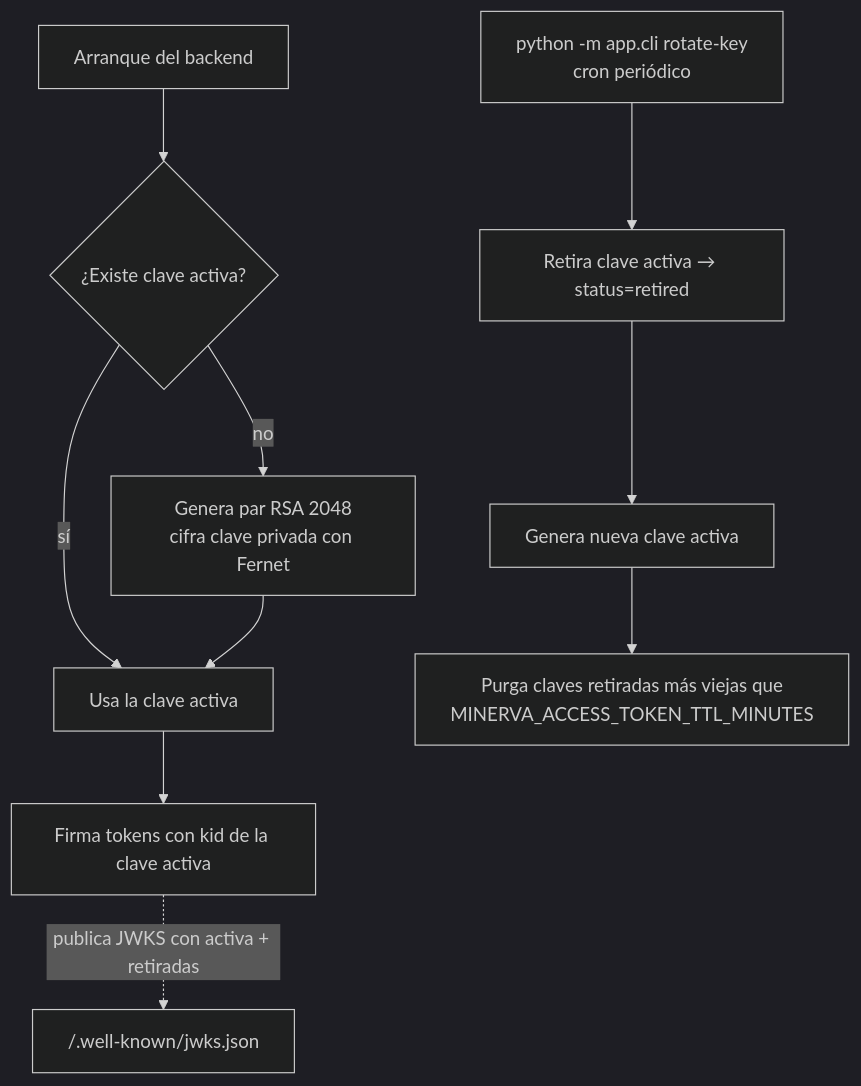
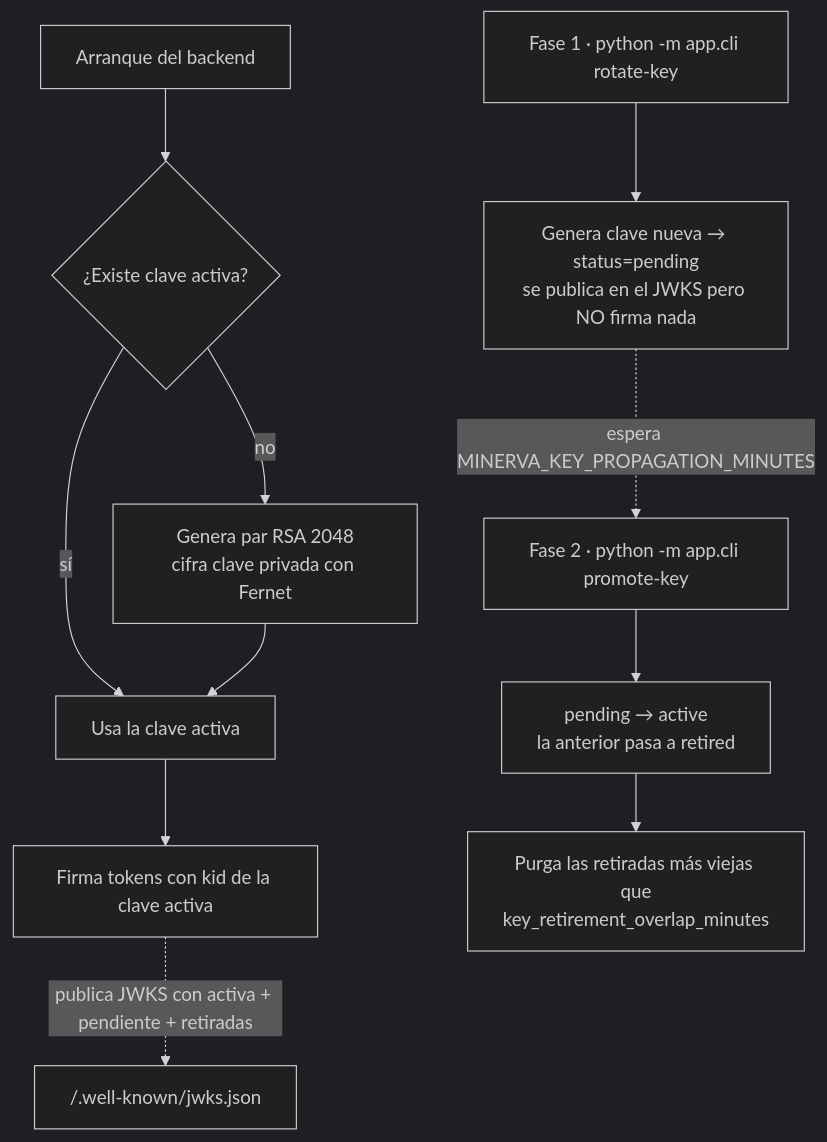
The third of 3 diagrams in docs/arquitectura.md (iieg-oficial/minerva), drawn with Mermaid (dark theme) before and after one commit. The commit also changed other lines of this file and 2 other files, not shown here.

Commit message:
docs: alinea logout, revocacion y URLs del SDK con el runtime, y corrige dependencias de auth, rotacion en dos fases y contrato aditivo de manifiestos

````diff
--- a/docs/arquitectura.md
+++ b/docs/arquitectura.md
@@ -160,12 +181,15 @@
 ```mermaid
 flowchart TD
     A[Arranque del backend] --> B{¿Existe clave activa?}
     B -- no --> C[Genera par RSA 2048<br/>cifra clave privada con Fernet]
     B -- sí --> D[Usa la clave activa]
     C --> D
     D --> E[Firma tokens con kid de la clave activa]
-    F[python -m app.cli rotate-key<br/>cron periódico] --> G[Retira clave activa → status=retired]
-    G --> H[Genera nueva clave activa]
-    H --> I[Purga claves retiradas más viejas que<br/>MINERVA_ACCESS_TOKEN_TTL_MINUTES]
-    E -.publica JWKS con activa + retiradas.-> J["/.well-known/jwks.json"]
+
+    F["Fase 1 · python -m app.cli rotate-key"] --> G["Genera clave nueva → status=pending<br/>se publica en el JWKS pero NO firma nada"]
+    G -.espera MINERVA_KEY_PROPAGATION_MINUTES.-> H["Fase 2 · python -m app.cli promote-key"]
+    H --> I[pending → active<br/>la anterior pasa a retired]
+    I --> J["Purga las retiradas más viejas que<br/>key_retirement_overlap_minutes"]
+
+    E -.publica JWKS con activa + pendiente + retiradas.-> K["/.well-known/jwks.json"]
 ```
````
